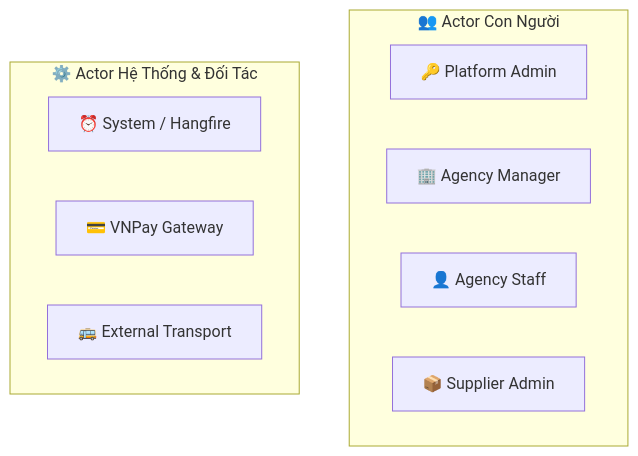
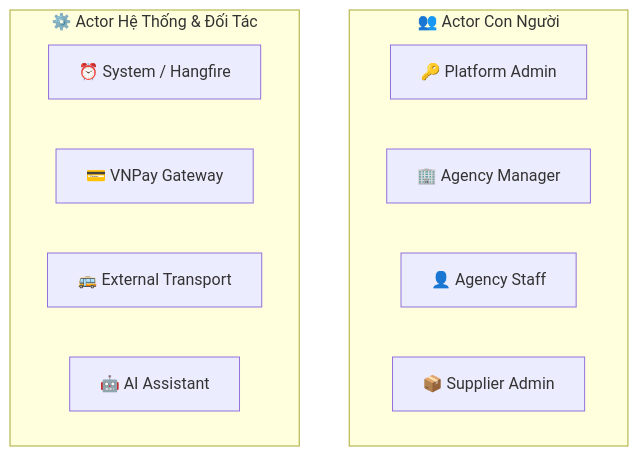
The second of 25 diagrams in docs/actor and usecase/actors.md (thanh-16/B2B_Tour), drawn with Mermaid before and after one commit. The commit also changed other lines of this file and 2 other files, not shown here.

````diff
--- a/docs/actor and usecase/actors.md
+++ b/docs/actor and usecase/actors.md
@@ -37,15 +37,16 @@
 ```mermaid
 graph TB
     subgraph Human["👥 Actor Con Người"]
         PA["🔑 Platform Admin"]
         AM["🏢 Agency Manager"]
         AS["👤 Agency Staff"]
         SA["📦 Supplier Admin"]
     end
 
     subgraph System["⚙️ Actor Hệ Thống & Đối Tác"]
         SYS["⏰ System / Hangfire"]
         VNPAY["💳 VNPay Gateway"]
         EXT["🚌 External Transport"]
+        AI_AST["🤖 AI Assistant"]
     end
 ```
````
